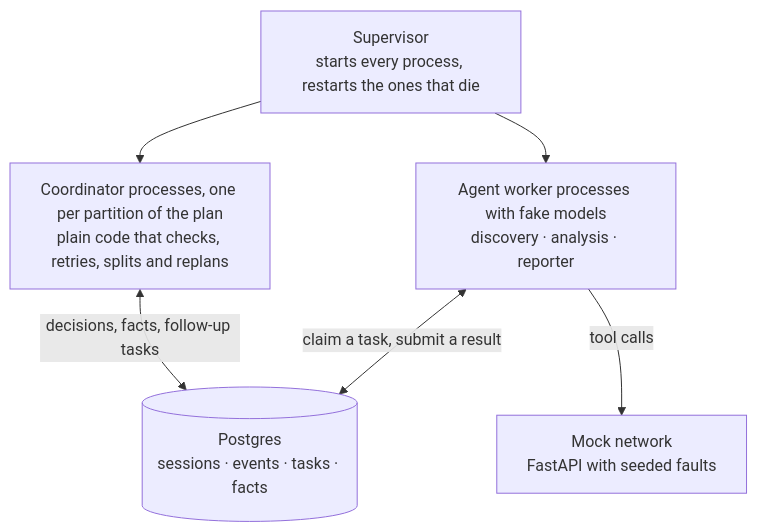
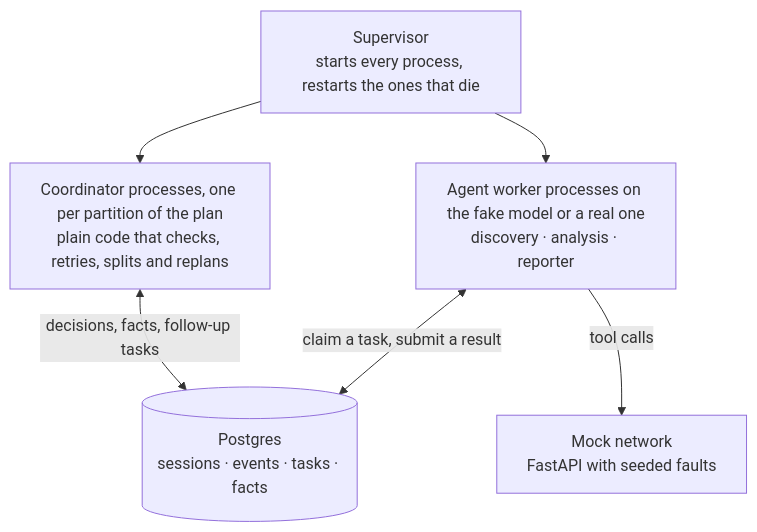
One commit to dunkhong3/long-horizon-agents changed the diagram in README.md. Above: the diagram before and after it, drawn with Mermaid. The commit also changed other lines of this file and 31 other files, not shown here.

````diff
--- a/README.md
+++ b/README.md
@@ -36,13 +36,13 @@
 ```mermaid
 flowchart TB
     S["Supervisor<br/>starts every process, restarts the ones that die"]
     C["Coordinator processes, one per partition of the plan<br/>plain code that checks, retries, splits and replans"]
     DB[("Postgres<br/>sessions · events · tasks · facts")]
-    W["Agent worker processes with fake models<br/>discovery · analysis · reporter"]
+    W["Agent worker processes on the fake model or a real one<br/>discovery · analysis · reporter"]
     M["Mock network<br/>FastAPI with seeded faults"]
     S --> C
     S --> W
     C <-->|"decisions, facts, follow-up tasks"| DB
     W <-->|"claim a task, submit a result"| DB
     W -->|"tool calls"| M
 ```
````
